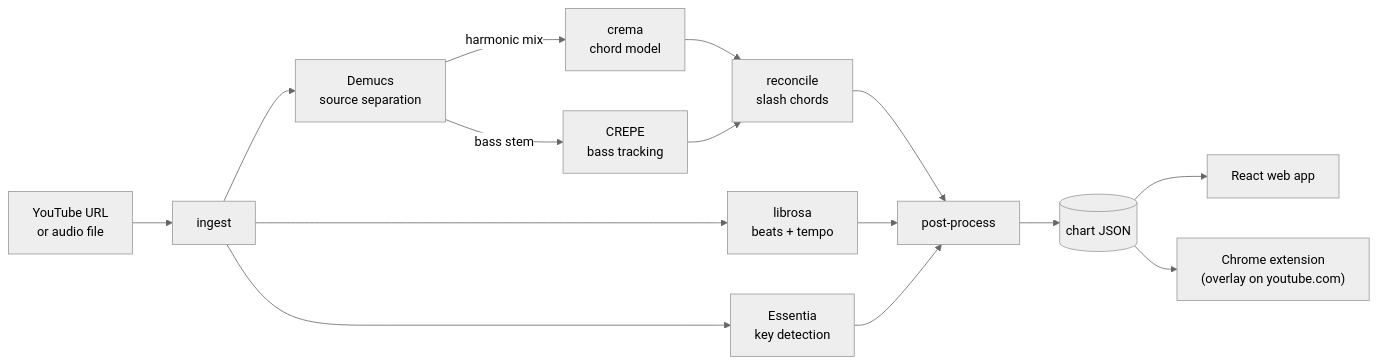
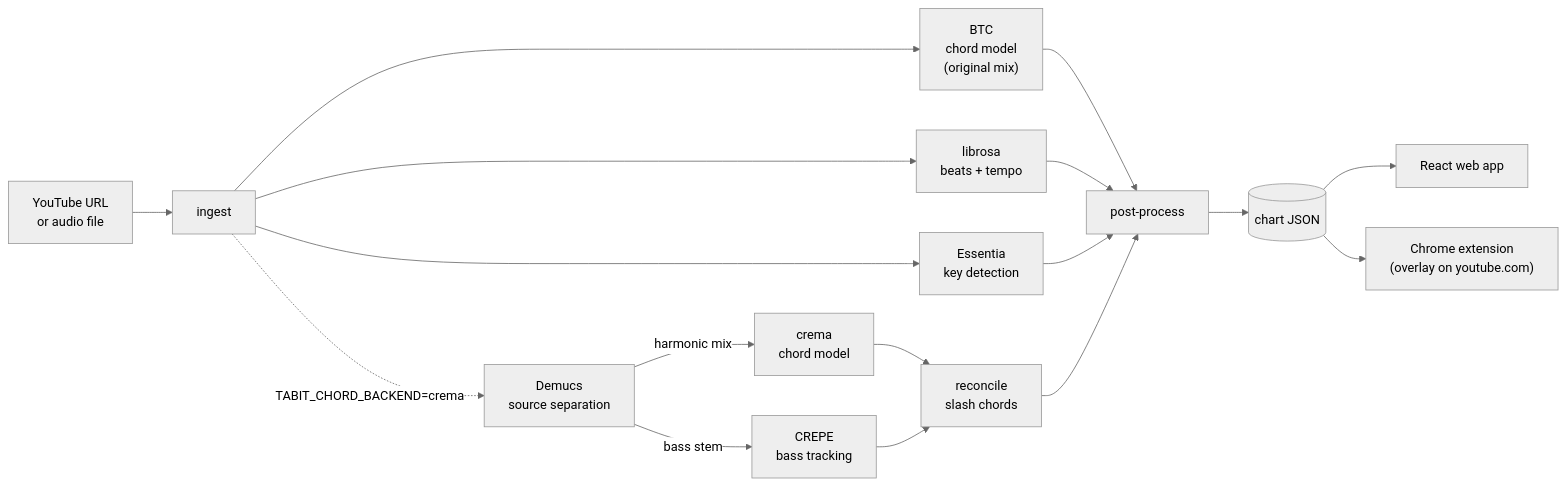
One commit to paolosand/tabIt changed the diagram in README.md. Above: the diagram before and after it, drawn with Mermaid (neutral theme). The commit also changed other lines of this file and 1 other file, not shown here.

Commit message:
docs: BTC is the default chord path; slash chords are the opt-in crema backend

````diff
--- a/README.md
+++ b/README.md
@@ -61,17 +63,19 @@
 ```mermaid
 flowchart LR
     IN["YouTube URL<br/>or audio file"] --> ING[ingest]
-    ING --> SEP["Demucs<br/>source separation"]
+    ING --> BTC["BTC<br/>chord model<br/>(original mix)"]
+    ING --> BE["librosa<br/>beats + tempo"]
+    ING --> KEY["Essentia<br/>key detection"]
+    BTC --> POST["post-process"]
+    BE --> POST
+    KEY --> POST
+    ING -. "TABIT_CHORD_BACKEND=crema" .-> SEP["Demucs<br/>source separation"]
     SEP -- harmonic mix --> CH["crema<br/>chord model"]
     SEP -- bass stem --> BA["CREPE<br/>bass tracking"]
-    ING --> BE["librosa<br/>beats + tempo"]
-    ING --> KEY["Essentia<br/>key detection"]
     CH --> REC["reconcile<br/>slash chords"]
     BA --> REC
-    REC --> POST["post-process"]
-    BE --> POST
-    KEY --> POST
+    REC --> POST
     POST --> JSON[("chart JSON")]
     JSON --> WEB["React web app"]
     JSON --> EXT["Chrome extension<br/>(overlay on youtube.com)"]
 ```
````
